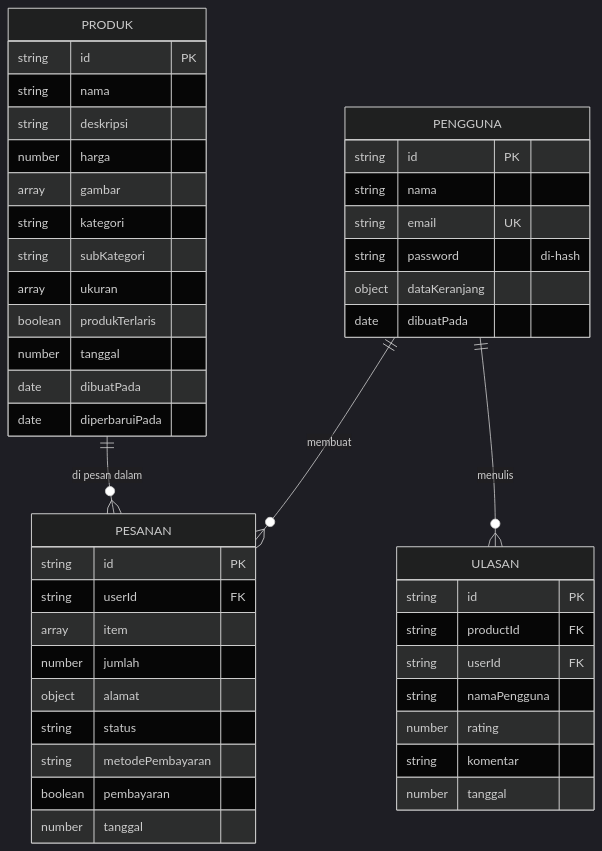
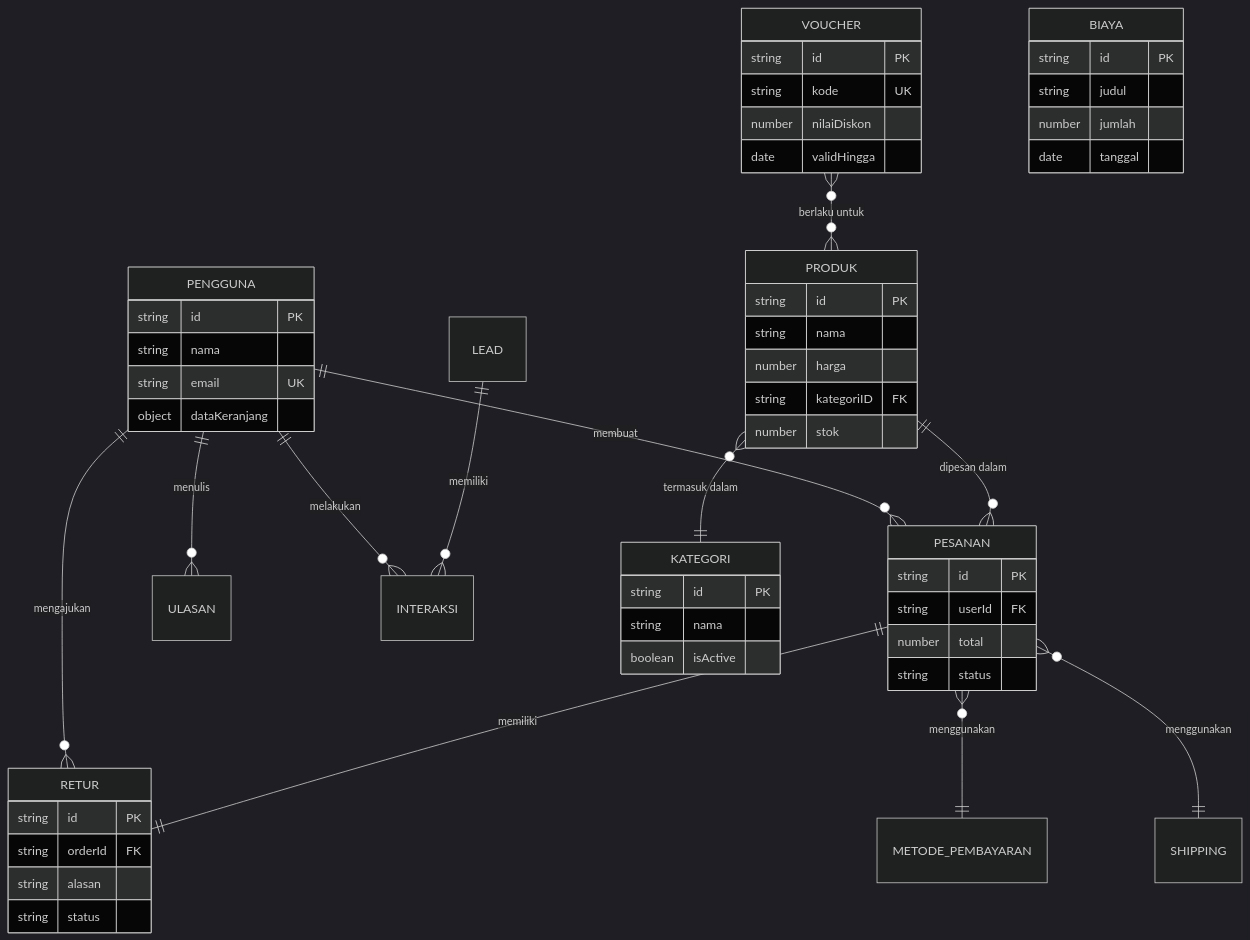
One commit to Grinti123/gerai-ayra-fullstack changed the third of 8 diagrams in flowchart.md. Above: the diagram before and after it, drawn with Mermaid (dark theme). The commit also changed other lines of this file and 229 other files, not shown here.

````diff
--- a/flowchart.md
+++ b/flowchart.md
@@ -58,51 +63,57 @@
 ```mermaid
 erDiagram
     PENGGUNA ||--o{ PESANAN : membuat
     PENGGUNA ||--o{ ULASAN : menulis
+    PENGGUNA ||--o{ RETUR : mengajukan
+    PENGGUNA ||--o{ INTERAKSI : melakukan
+    PRODUK ||--o{ PESANAN : "dipesan dalam"
+    PRODUK }o--|| KATEGORI : "termasuk dalam"
+    PESANAN ||--|| RETUR : "memiliki"
+    PESANAN }o--|| METODE_PEMBAYARAN : "menggunakan"
+    PESANAN }o--|| SHIPPING : "menggunakan"
+    VOUCHER }o--o{ PRODUK : "berlaku untuk"
+    LEAD ||--o{ INTERAKSI : "memiliki"
+
     PENGGUNA {
         string id PK
         string nama
         string email UK
-        string password "di-hash"
         object dataKeranjang
-        date dibuatPada
     }
-
-    PRODUK ||--o{ PESANAN : "di pesan dalam"
     PRODUK {
         string id PK
         string nama
-        string deskripsi
         number harga
-        array gambar
-        string kategori
-        string subKategori
-        array ukuran
-        boolean produkTerlaris
-        number tanggal
-        date dibuatPada
-        date diperbaruiPada
+        string kategoriID FK
+        number stok
     }
-
+    KATEGORI {
+        string id PK
+        string nama
+        boolean isActive
+    }
+    VOUCHER {
+        string id PK
+        string kode UK
+        number nilaiDiskon
+        date validHingga
+    }
     PESANAN {
         string id PK
         string userId FK
-        array item
+        number total
+        string status
+    }
+    RETUR {
+        string id PK
+        string orderId FK
+        string alasan
+        string status
+    }
+    BIAYA {
+        string id PK
+        string judul
         number jumlah
-        object alamat
-        string status
-        string metodePembayaran
-        boolean pembayaran
-        number tanggal
-    }
-
-    ULASAN {
-        string id PK
-        string productId FK
-        string userId FK
-        string namaPengguna
-        number rating
-        string komentar
-        number tanggal
+        date tanggal
     }
 ```
````
